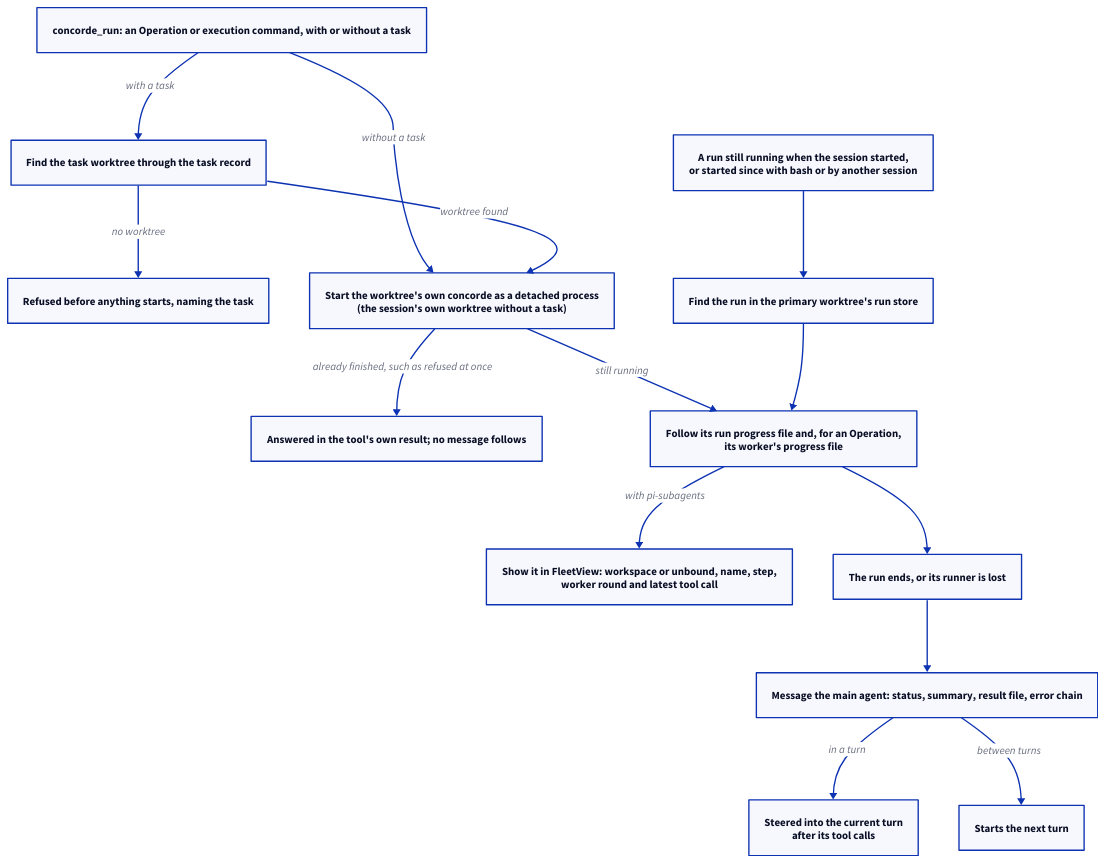
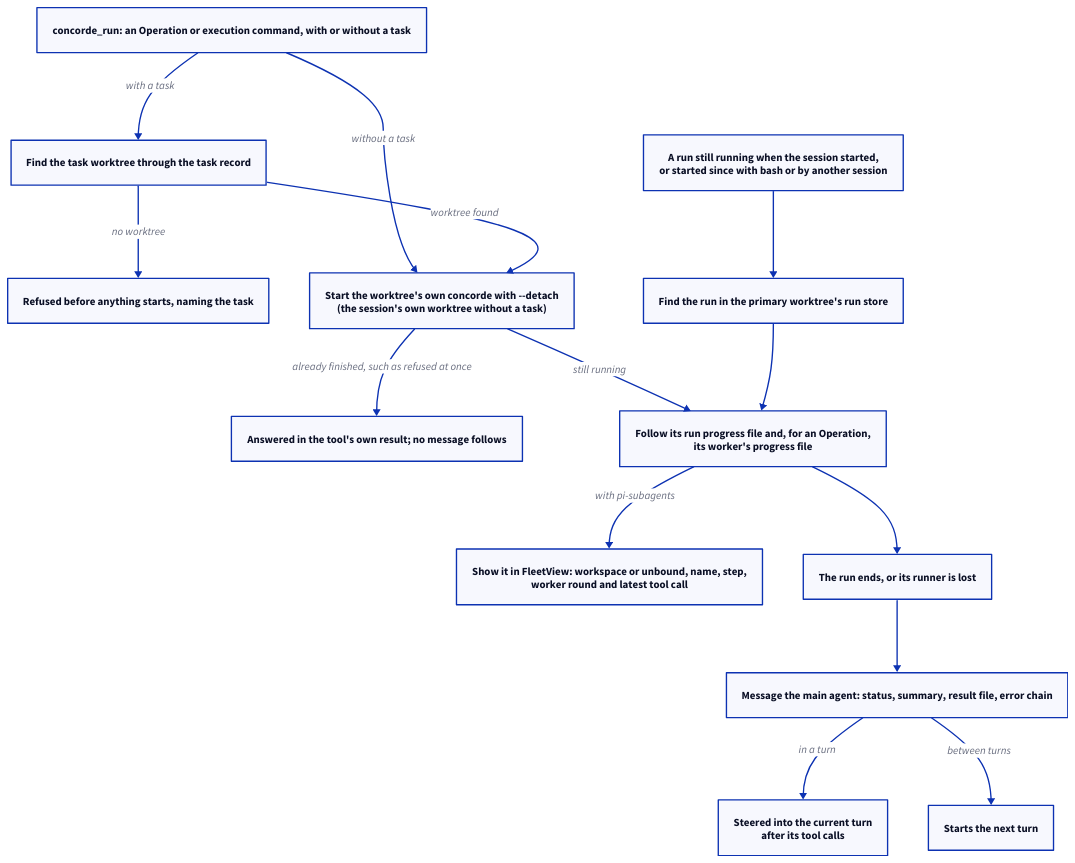
Before and after one commit to FTOD/concorde: the second of 5 diagrams in specs/concorde/coordination/main-session/module.md, drawn with D2. The commit also changed other lines of this file and 4 other files, not shown here.

First line of the commit message:
Main session: the pi run view reads task folders, unbound runs and run lock files

````diff
--- a/specs/concorde/coordination/main-session/module.md
+++ b/specs/concorde/coordination/main-session/module.md
@@ -179,29 +183,29 @@
 ```d2 illustrative
 direction: down
 tool: "concorde_run: an Operation or execution command, with or without a task"
 worktree: "Find the task worktree through the task record"
 refused: "Refused before anything starts, naming the task"
-launch: "Start the worktree's own concorde as a detached process\n(the session's own worktree without a task)"
+launch: "Start the worktree's own concorde with --detach\n(the session's own worktree without a task)"
 elsewhere: "A run still running when the session started,\nor started since with bash or by another session"
 store: "Find the run in the primary worktree's run store"
 done: "Answered in the tool's own result; no message follows"
 follow: "Follow its run progress file and, for an Operation,\nits worker's progress file"
 fleet: "Show it in FleetView: workspace or unbound, name, step,\nworker round and latest tool call"
 ended: "The run ends, or its runner is lost"
 wake: "Message the main agent: status, summary, result file, error chain"
 steer: "Steered into the current turn\nafter its tool calls"
 next: "Starts the next turn"
 tool -> worktree: with a task
 tool -> launch: without a task
 worktree -> refused: no worktree
 worktree -> launch: worktree found
 launch -> done: already finished, such as refused at once
 launch -> follow: still running
 elsewhere -> store
 store -> follow
 follow -> fleet: with pi-subagents
 follow -> ended
 ended -> wake
 wake -> steer: in a turn
 wake -> next: between turns
 ```
````
